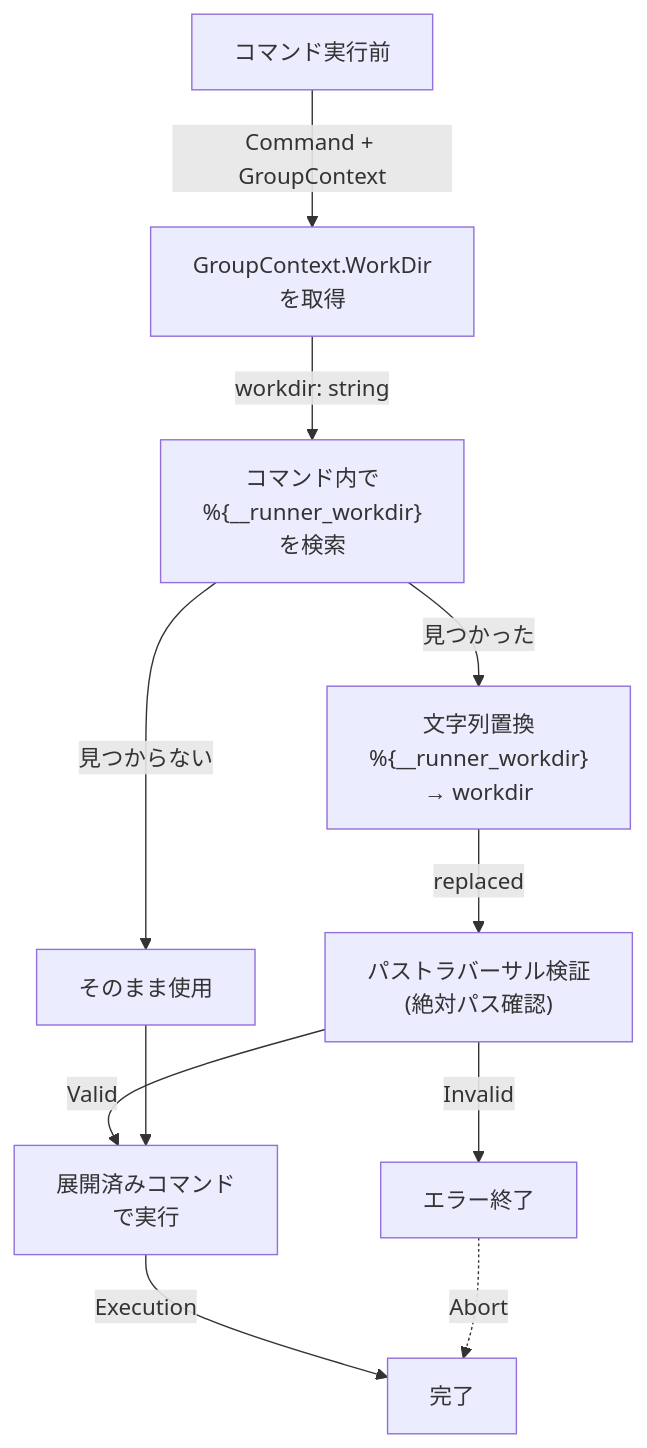
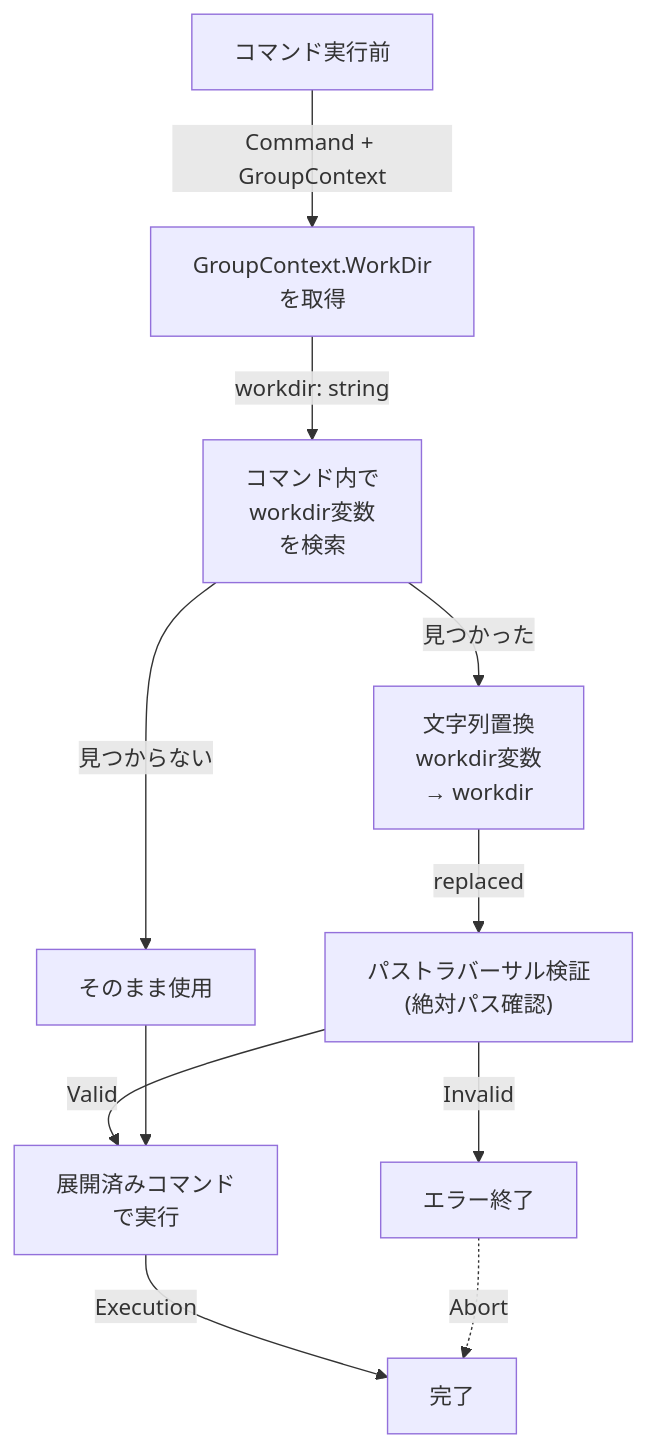
The seventh of 11 diagrams in docs/tasks/0034_workdir_redesign/02_architecture.md (isseis/go-safe-cmd-runner), drawn with Mermaid before and after one commit. The commit also changed other lines of this file and 1 other file, not shown here.

First line of the commit message:
Introduce TempDirManager and refactor group workdir handling

````diff
--- a/docs/tasks/0034_workdir_redesign/02_architecture.md
+++ b/docs/tasks/0034_workdir_redesign/02_architecture.md
@@ -326,20 +437,20 @@
 ```mermaid
 flowchart TD
     Start["コマンド実行前"] -->|Command + GroupContext| GetValue
 
     GetValue["GroupContext.WorkDir<br/>を取得"]
-    GetValue -->|workdir: string| Scan["コマンド内で<br/>%{__runner_workdir}<br/>を検索"]
+    GetValue -->|workdir: string| Scan["コマンド内で<br/>workdir変数<br/>を検索"]
 
-    Scan -->|見つかった| Replace["文字列置換<br/>%{__runner_workdir}<br/>→ workdir"]
+    Scan -->|見つかった| Replace["文字列置換<br/>workdir変数<br/>→ workdir"]
     Scan -->|見つからない| NoChange["そのまま使用"]
 
     Replace -->|replaced| ValidatePath["パストラバーサル検証<br/>(絶対パス確認)"]
 
     ValidatePath -->|Valid| Output["展開済みコマンド<br/>で実行"]
     ValidatePath -->|Invalid| Error["エラー終了"]
 
     NoChange --> Output
 
     Output -->|Execution| End["完了"]
     Error -.->|Abort| End
 ```
````
